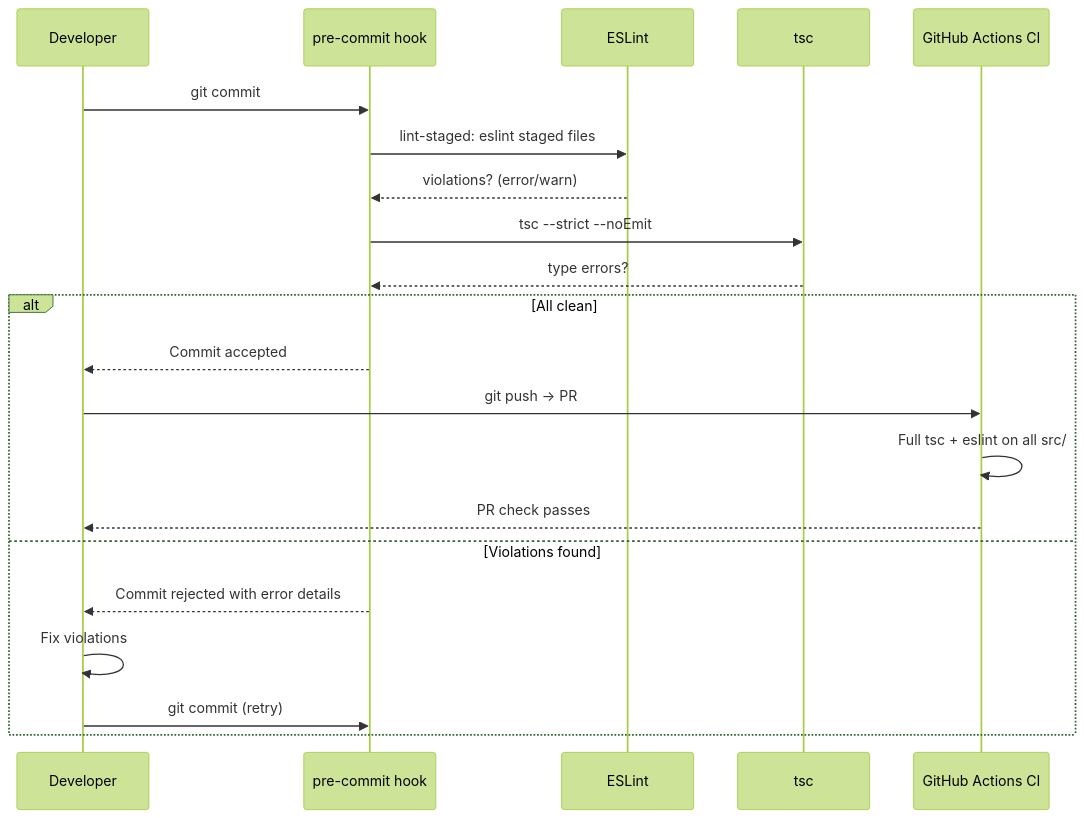
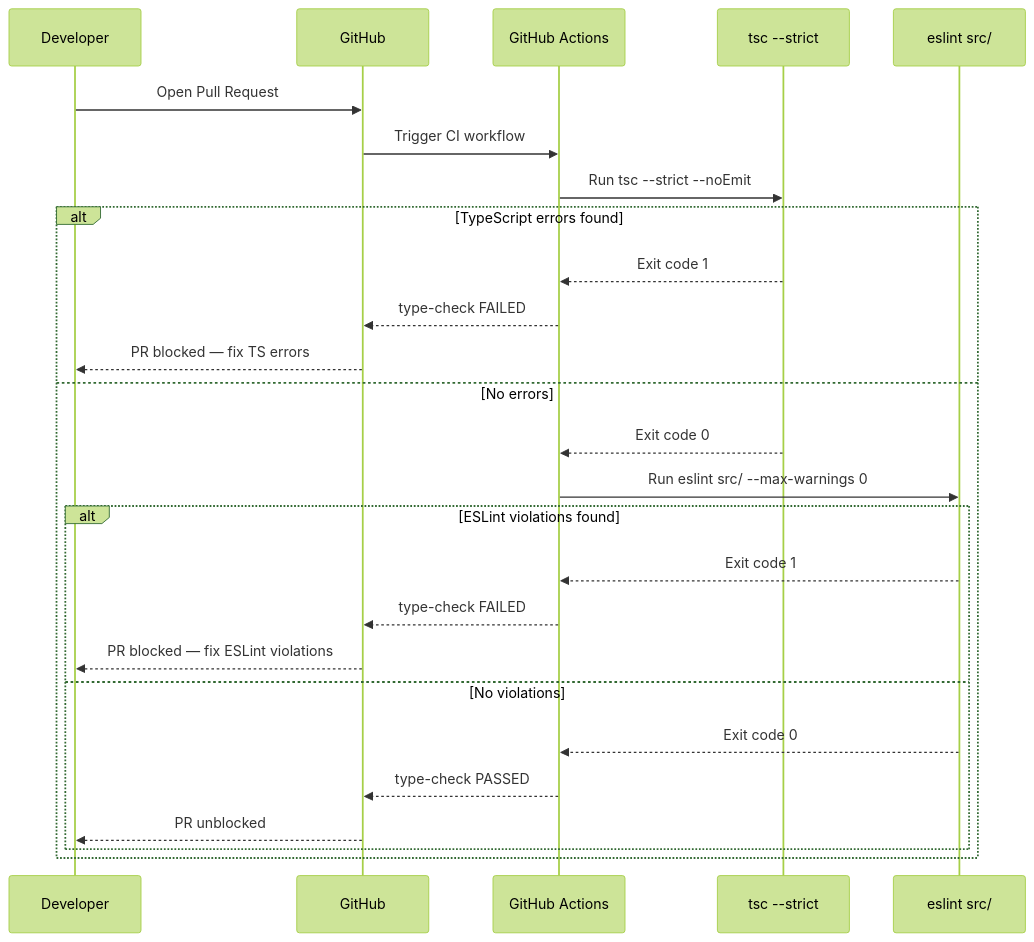
Before and after one commit to sreenivasmrpivot/legobuilder: the first of 4 diagrams in docs/features/NFR-MAINT-002/LOW_LEVEL_DESIGN.md, drawn with Mermaid (forest theme). The commit also changed other lines of this file, not shown here.

First line of the commit message:
docs: LLD for NFR-MAINT-002 — Enforce 100% TypeScript strict mode with zero any types in production code

````diff
--- a/docs/features/NFR-MAINT-002/LOW_LEVEL_DESIGN.md
+++ b/docs/features/NFR-MAINT-002/LOW_LEVEL_DESIGN.md
@@ -481,24 +264,29 @@
 ```mermaid
 sequenceDiagram
     participant Dev as Developer
-    participant Hook as pre-commit hook
-    participant ESLint as ESLint
-    participant TSC as tsc
-    participant CI as GitHub Actions CI
+    participant GH as GitHub
+    participant CI as GitHub Actions
+    participant TSC as tsc --strict
+    participant ESL as eslint src/
 
-    Dev->>Hook: git commit
-    Hook->>ESLint: lint-staged: eslint staged files
-    ESLint-->>Hook: violations? (error/warn)
-    Hook->>TSC: tsc --strict --noEmit
-    TSC-->>Hook: type errors?
-    alt All clean
-        Hook-->>Dev: Commit accepted
-        Dev->>CI: git push → PR
-        CI->>CI: Full tsc + eslint on all src/
-        CI-->>Dev: PR check passes
-    else Violations found
-        Hook-->>Dev: Commit rejected with error details
-        Dev->>Dev: Fix violations
-        Dev->>Hook: git commit (retry)
+    Dev->>GH: Open Pull Request
+    GH->>CI: Trigger CI workflow
+    CI->>TSC: Run tsc --strict --noEmit
+    alt TypeScript errors found
+        TSC-->>CI: Exit code 1
+        CI-->>GH: type-check FAILED
+        GH-->>Dev: PR blocked — fix TS errors
+    else No errors
+        TSC-->>CI: Exit code 0
+        CI->>ESL: Run eslint src/ --max-warnings 0
+        alt ESLint violations found
+            ESL-->>CI: Exit code 1
+            CI-->>GH: type-check FAILED
+            GH-->>Dev: PR blocked — fix ESLint violations
+        else No violations
+            ESL-->>CI: Exit code 0
+            CI-->>GH: type-check PASSED
+            GH-->>Dev: PR unblocked
+        end
     end
 ```
````
